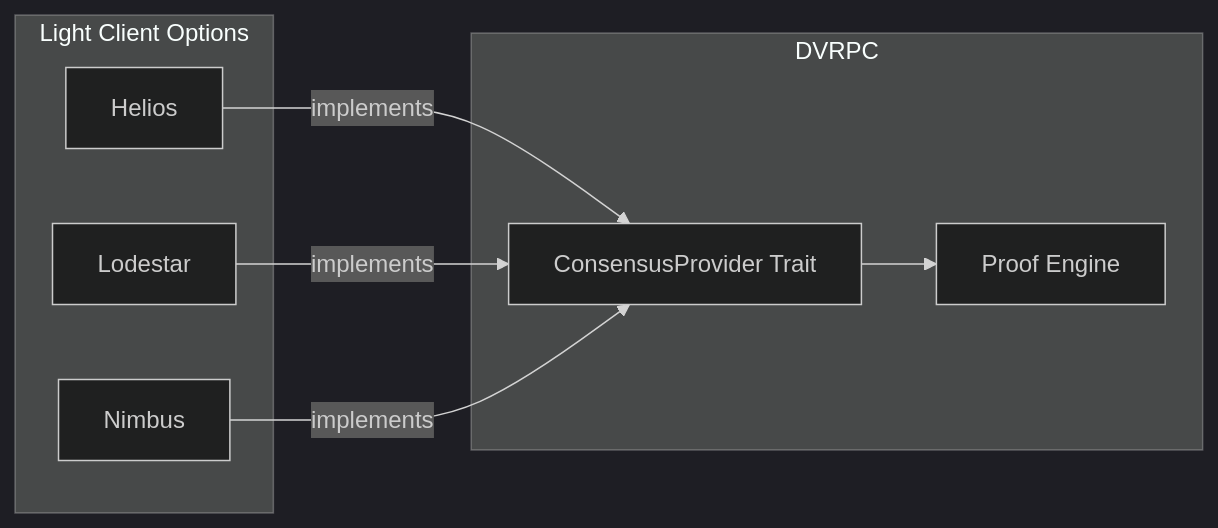
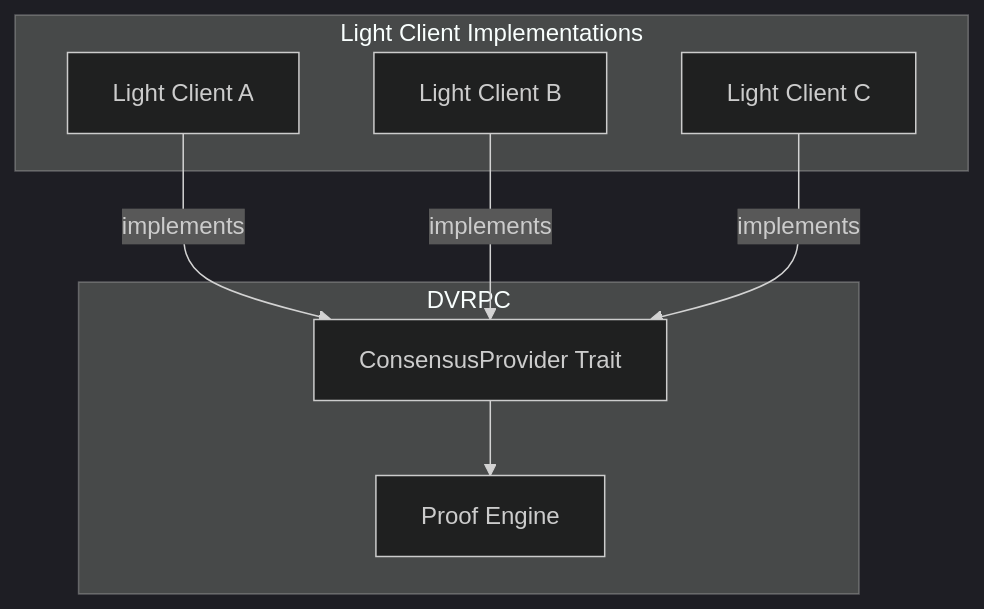
The fifth of 6 diagrams in diagrams/architecture.md (dvrpc-eth/dvrpc-docs), drawn with Mermaid (dark theme) before and after one commit. The commit also changed other lines of this file and 7 other files, not shown here.

````diff
--- a/diagrams/architecture.md
+++ b/diagrams/architecture.md
@@ -58,18 +113,18 @@
 ```mermaid
-flowchart LR
-    subgraph LightClients["Light Client Options"]
-        H[Helios]
-        L[Lodestar]
-        N[Nimbus]
+flowchart TD
+    subgraph Implementations["Light Client Implementations"]
+        LC1[Light Client A]
+        LC2[Light Client B]
+        LC3[Light Client C]
     end
 
-    subgraph DVRPC
-        CP[ConsensusProvider Trait]
+    subgraph DVRPC["DVRPC"]
+        TRAIT[ConsensusProvider Trait]
         PE[Proof Engine]
     end
 
-    H -->|implements| CP
-    L -->|implements| CP
-    N -->|implements| CP
-    CP --> PE
+    LC1 -->|implements| TRAIT
+    LC2 -->|implements| TRAIT
+    LC3 -->|implements| TRAIT
+    TRAIT --> PE
 ```
````
